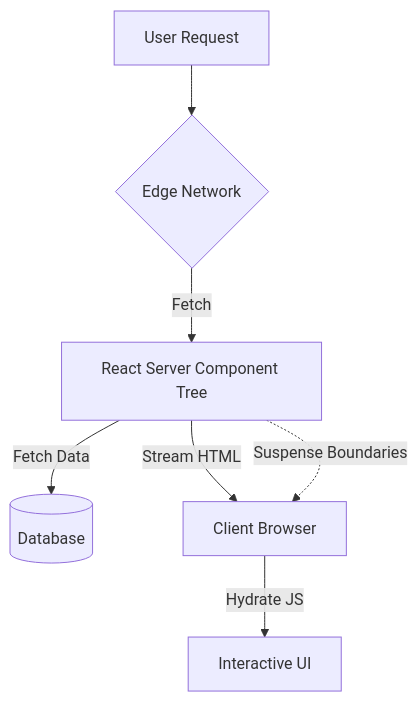
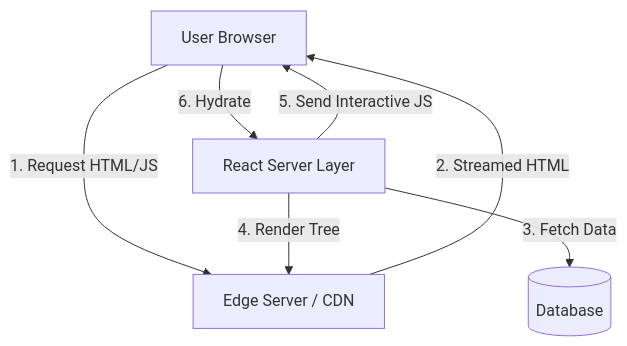
One commit to govindtank/govindtank.github.io changed the diagram in src/content/blog/react-server-components-production-patterns-for-high-performance-web-apps.md. Above: the diagram before and after it, drawn with Mermaid. The commit also changed other lines of this file and 1 other file, not shown here.

First line of the commit message:
blog: Add React Server Components: Production Patterns for High-Performance Web Apps - 2026-06-16

````diff
--- a/src/content/blog/react-server-components-production-patterns-for-high-performance-web-apps.md
+++ b/src/content/blog/react-server-components-production-patterns-for-high-performance-web-apps.md
@@ -34,9 +39,9 @@
 ```mermaid
 graph TD
-  User[User Request] --> Edge{Edge Network}
-  Edge -->|Fetch| Server[React Server Component Tree]
-  Server -->|Fetch Data| DB[(Database)]
-  Server -->|Stream HTML| Client[Client Browser]
-  Client -->|Hydrate JS| App[Interactive UI]
-  Server -.->|Suspense Boundaries| Client
+  Client[User Browser] -->|1. Request HTML/JS| Edge[Edge Server / CDN]
+  Edge -->|2. Streamed HTML| Client
+  Server[React Server Layer] -->|3. Fetch Data| DB[(Database)]
+  Server -->|4. Render Tree| Edge
+  Server -->|5. Send Interactive JS| Client
+  Client -->|6. Hydrate| Server
 ```
````
